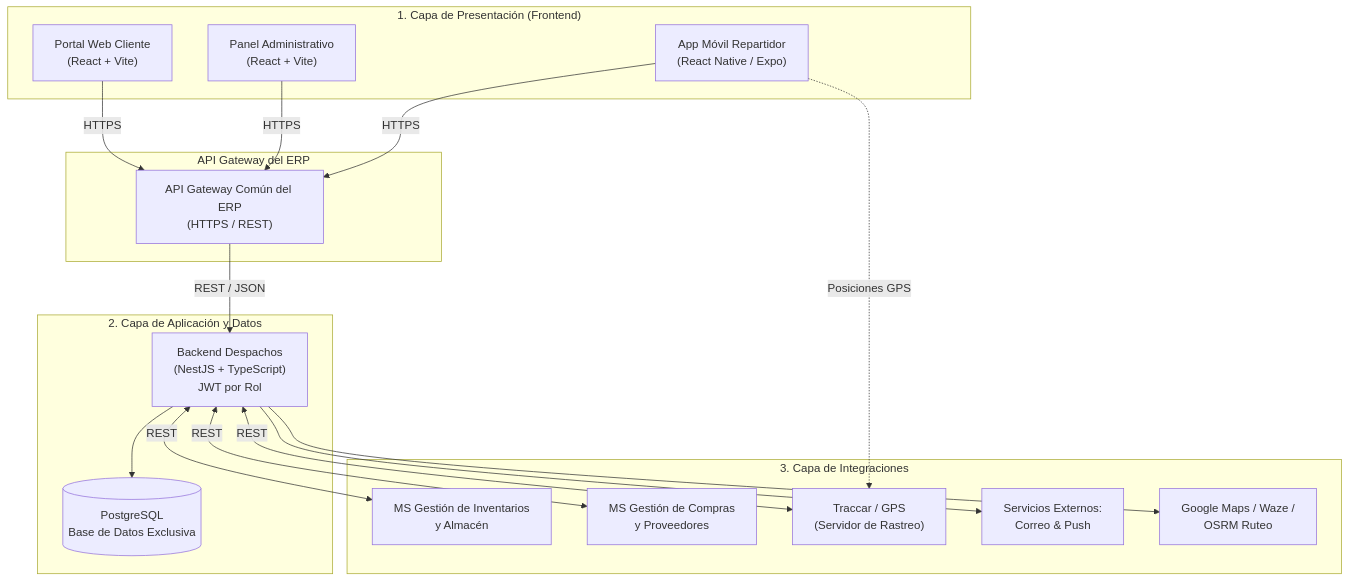
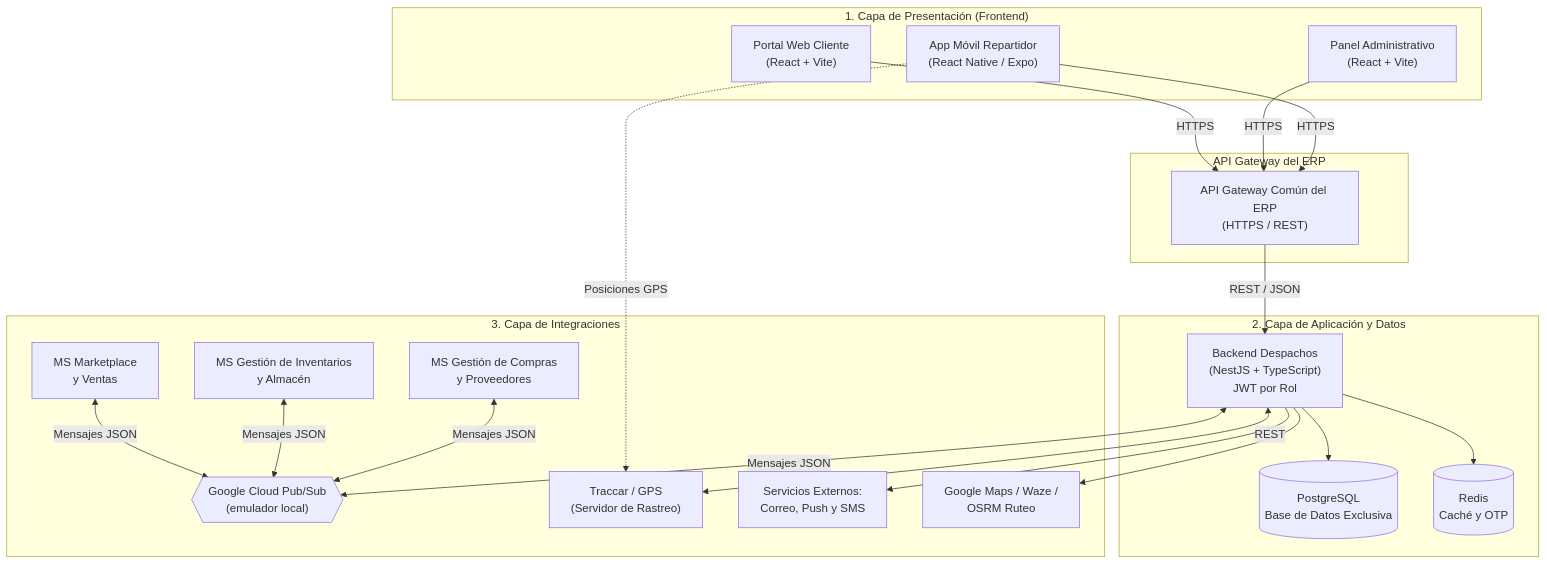
The first of 2 diagrams in especificacion-sistema.md (Entregas-y-despacho-MS/delivery-dispatch-docs), drawn with Mermaid before and after one commit. The commit also changed other lines of this file and 4 other files, not shown here.

````diff
--- a/especificacion-sistema.md
+++ b/especificacion-sistema.md
@@ -72,38 +72,44 @@
 ```mermaid
 flowchart TD
     subgraph CapaPresentacion["1. Capa de Presentación (Frontend)"]
         WebCliente["Portal Web Cliente\n(React + Vite)"]
         WebAdmin["Panel Administrativo\n(React + Vite)"]
         AppMobile["App Móvil Repartidor\n(React Native / Expo)"]
     end
 
     subgraph Gateway["API Gateway del ERP"]
         APIGateway["API Gateway Común del ERP\n(HTTPS / REST)"]
     end
 
     subgraph CapaAplicacionDatos["2. Capa de Aplicación y Datos"]
         Backend["Backend Despachos\n(NestJS + TypeScript)\nJWT por Rol"]
         BD[("PostgreSQL\nBase de Datos Exclusiva")]
+        Cache[("Redis\nCaché y OTP")]
         Backend --> BD
+        Backend --> Cache
     end
 
     subgraph CapaIntegraciones["3. Capa de Integraciones"]
+        Broker{{"Google Cloud Pub/Sub\n(emulador local)"}}
+        MSMarketplace["MS Marketplace\ny Ventas"]
         MSInventario["MS Gestión de Inventarios\ny Almacén"]
         MSCompras["MS Gestión de Compras\ny Proveedores"]
         Traccar["Traccar / GPS\n(Servidor de Rastreo)"]
-        Notificaciones["Servicios Externos:\nCorreo & Push"]
+        Notificaciones["Servicios Externos:\nCorreo, Push y SMS"]
         Mapas["Google Maps / Waze /\nOSRM Ruteo"]
     end
 
     WebCliente -->|HTTPS| APIGateway
     WebAdmin -->|HTTPS| APIGateway
     AppMobile -->|HTTPS| APIGateway
     AppMobile -.->|Posiciones GPS| Traccar
 
     APIGateway -->|REST / JSON| Backend
-    Backend <-->|REST| MSInventario
-    Backend <-->|REST| MSCompras
+    Backend <-->|Mensajes JSON| Broker
+    MSMarketplace <-->|Mensajes JSON| Broker
+    MSInventario <-->|Mensajes JSON| Broker
+    MSCompras <-->|Mensajes JSON| Broker
     Backend <-->|REST| Traccar
     Backend --> Notificaciones
     Backend --> Mapas
 ```
````
